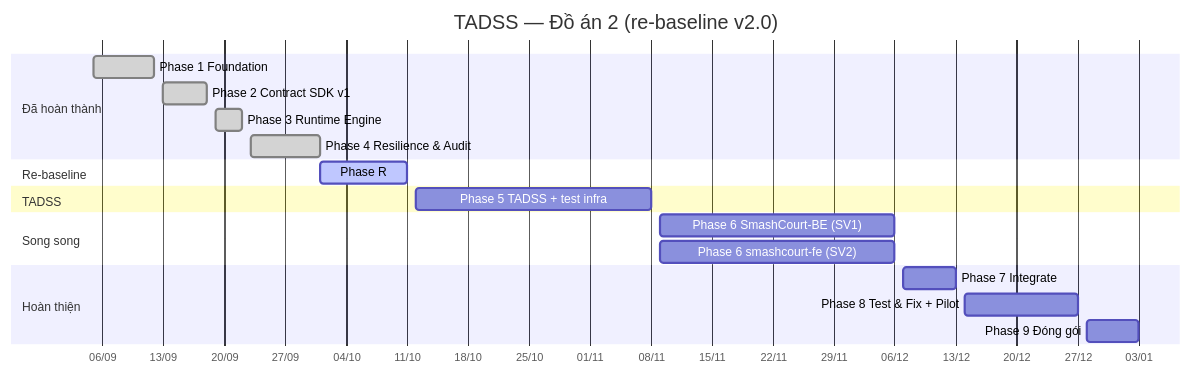
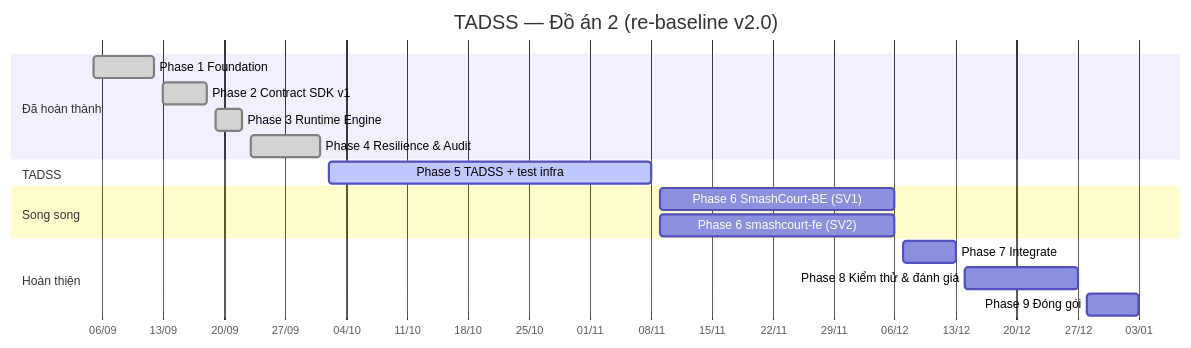
Before and after one commit to NguyenThanhTrung-N2T/TrustworthyAdaptiveDecisionSupportSystem-TADSS: the diagram in docs/planning/MASTER_EXECUTION_PLAN.md, drawn with Mermaid. The commit also changed other lines of this file and 30 other files, not shown here.

````diff
--- a/docs/planning/MASTER_EXECUTION_PLAN.md
+++ b/docs/planning/MASTER_EXECUTION_PLAN.md
@@ -80,22 +79,20 @@
 ```mermaid
 gantt
     title TADSS — Đồ án 2 (re-baseline v2.0)
     dateFormat  YYYY-MM-DD
     axisFormat  %d/%m
     section Đã hoàn thành
     Phase 1 Foundation            :done, p1, 2026-09-05, 2026-09-12
     Phase 2 Contract SDK v1       :done, p2, 2026-09-13, 2026-09-18
     Phase 3 Runtime Engine        :done, p3, 2026-09-19, 2026-09-22
     Phase 4 Resilience & Audit    :done, p4, 2026-09-23, 2026-10-01
-    section Re-baseline
-    Phase R                       :active, pr, 2026-10-01, 2026-10-11
     section TADSS
-    Phase 5 TADSS + test infra    :p5, 2026-10-12, 2026-11-08
+    Phase 5 TADSS + test infra    :active, p5, 2026-10-02, 2026-11-08
     section Song song
     Phase 6 SmashCourt-BE (SV1)   :p6b, 2026-11-09, 2026-12-06
     Phase 6 smashcourt-fe (SV2)   :p6f, 2026-11-09, 2026-12-06
     section Hoàn thiện
     Phase 7 Integrate             :p7, 2026-12-07, 2026-12-13
-    Phase 8 Test & Fix + Pilot    :p8, 2026-12-14, 2026-12-27
+    Phase 8 Kiểm thử & đánh giá   :p8, 2026-12-14, 2026-12-27
     Phase 9 Đóng gói              :p9, 2026-12-28, 2027-01-03
 ```
````
